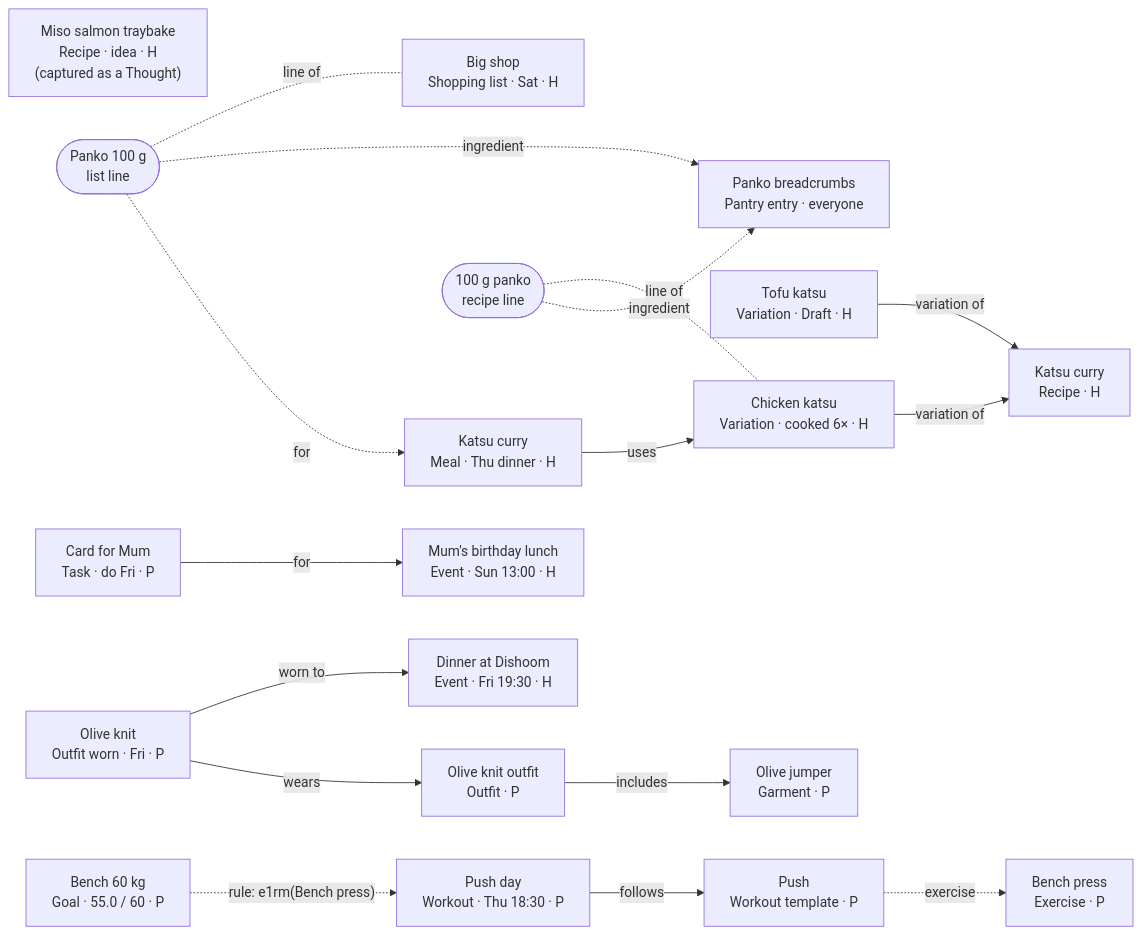
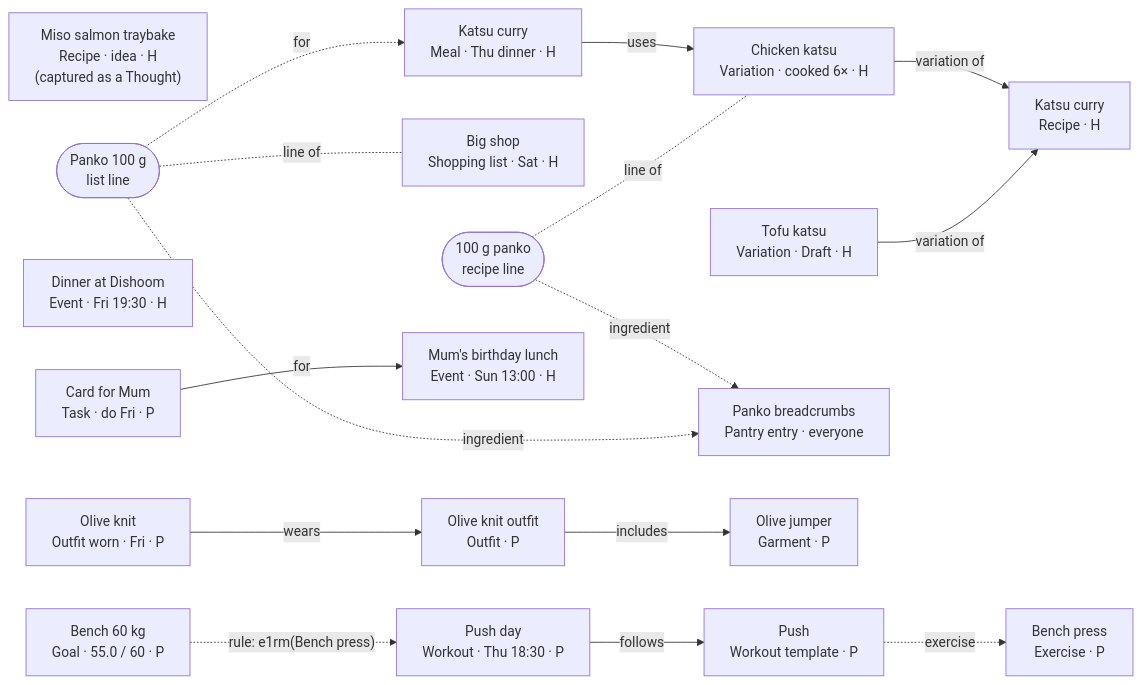
Before and after one commit to joestables/lifeos: the third of 3 diagrams in docs/20-architecture/data-model.md, drawn with Mermaid. The commit also changed other lines of this file and 54 other files, not shown here.

First line of the commit message:
Stage 6, Wardrobe: spec, decisions, design and schema (#96)

````diff
--- a/docs/20-architecture/data-model.md
+++ b/docs/20-architecture/data-model.md
@@ -462,38 +467,37 @@
 ```mermaid
 flowchart LR
   RD["Katsu curry<br/>Recipe · H"]
   R1["Chicken katsu<br/>Variation · cooked 6× · H"]
   R2["Tofu katsu<br/>Variation · Draft · H"]
   R3["Miso salmon traybake<br/>Recipe · idea · H<br/>(captured as a Thought)"]
   M["Katsu curry<br/>Meal · Thu dinner · H"]
   S["Big shop<br/>Shopping list · Sat · H"]
   L(["Panko 100 g<br/>list line"])
   RL(["100 g panko<br/>recipe line"])
   I["Panko breadcrumbs<br/>Pantry entry · everyone"]
   E1["Dinner at Dishoom<br/>Event · Fri 19:30 · H"]
   E2["Mum's birthday lunch<br/>Event · Sun 13:00 · H"]
   T["Card for Mum<br/>Task · do Fri · P"]
   OW["Olive knit<br/>Outfit worn · Fri · P"]
   O["Olive knit outfit<br/>Outfit · P"]
   G["Olive jumper<br/>Garment · P"]
   W["Push day<br/>Workout · Thu 18:30 · P"]
   TP["Push<br/>Workout template · P"]
   X["Bench press<br/>Exercise · P"]
   GL["Bench 60 kg<br/>Goal · 55.0 / 60 · P"]
 
   M -- uses --> R1
   R1 -- variation of --> RD
   R2 -- variation of --> RD
   RL -. line of .- R1
   RL -. ingredient .-> I
   L -. line of .- S
   L -. ingredient .-> I
   L -. for .-> M
-  OW -- worn to --> E1
   OW -- wears --> O
   O -- includes --> G
   T -- for --> E2
   W -- follows --> TP
   TP -. exercise .-> X
   GL -. "rule: e1rm(Bench press)" .-> W
 ```
````
